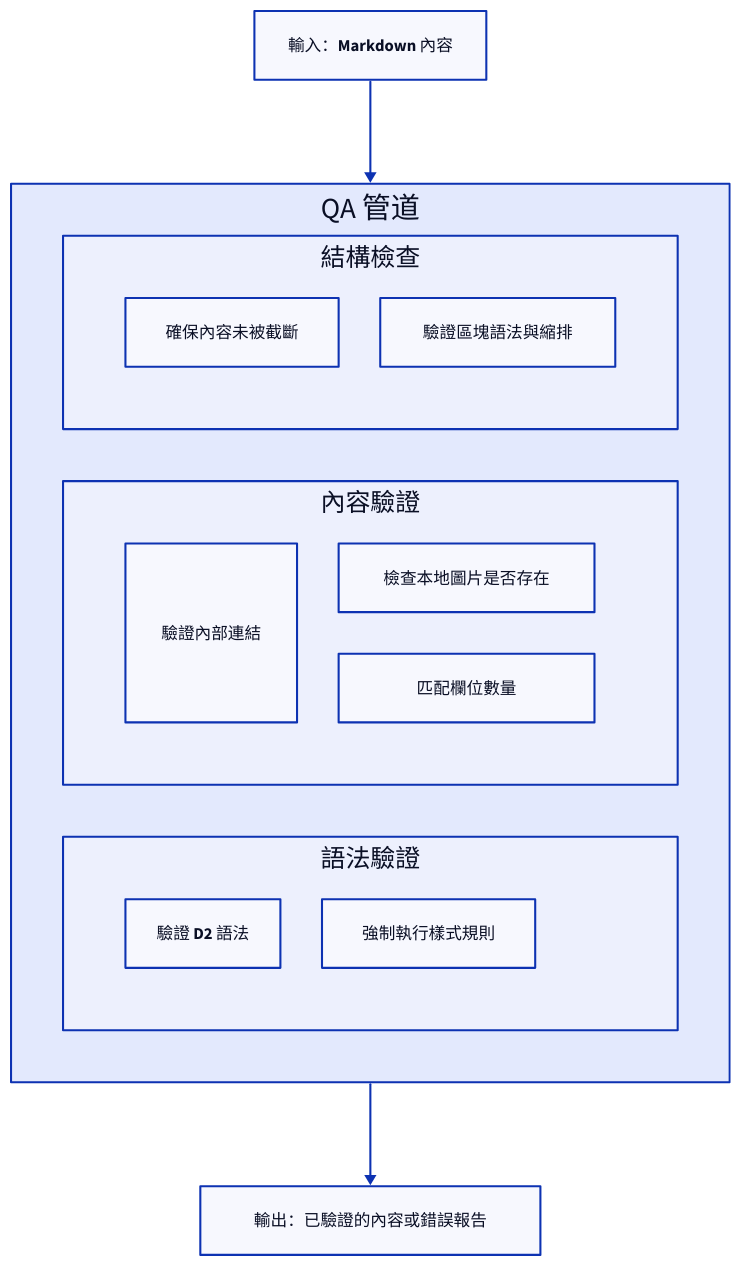
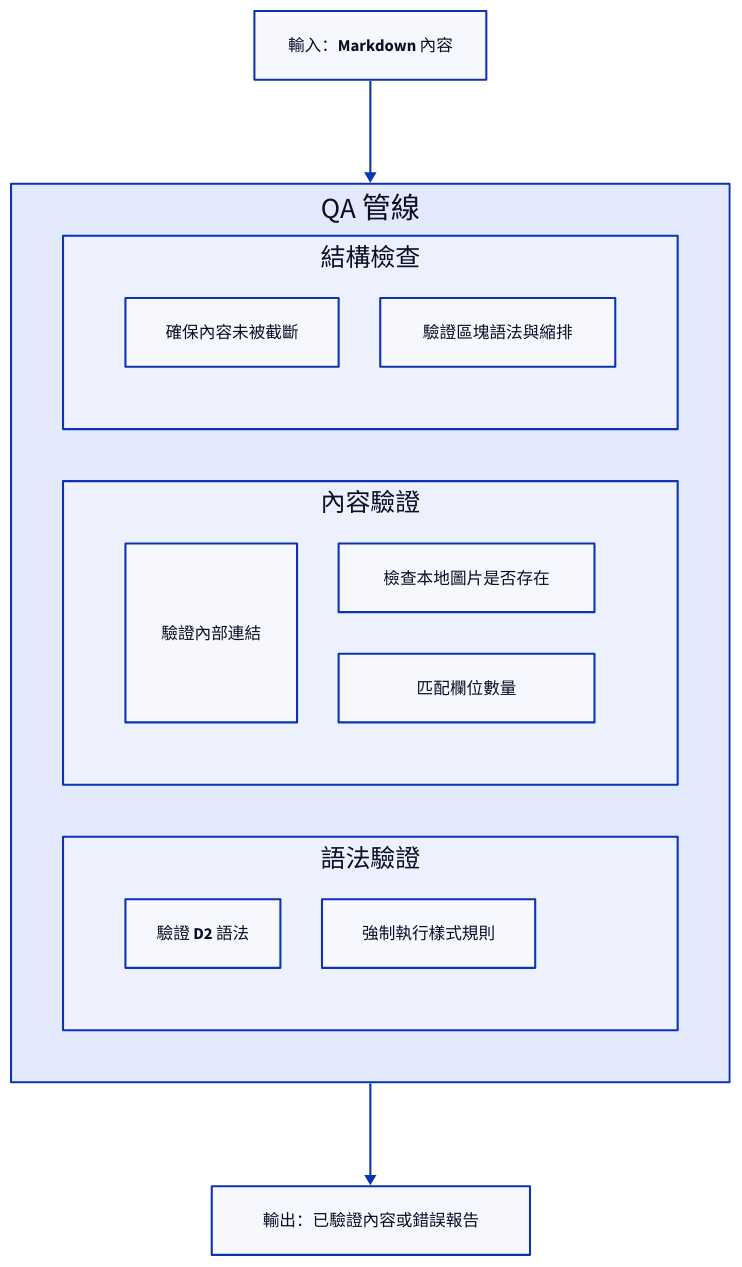
Before and after one commit to AIGNE-io/aigne-doc-smith: the diagram in docs/advanced-quality-assurance.zh-TW.md, drawn with D2. The commit also changed other lines of this file and 65 other files, not shown here.

````diff
--- a/docs/advanced-quality-assurance.zh-TW.md
+++ b/docs/advanced-quality-assurance.zh-TW.md
@@ -7,48 +7,48 @@
 ```d2
 direction: down
 
 Input-Markdown-Content: {
   label: "輸入：Markdown 內容"
   shape: rectangle
 }
 
 QA-Pipeline: {
-  label: "QA 管道"
+  label: "QA 管線"
   shape: rectangle
   grid-columns: 1
   grid-gap: 50
 
   Structural-Checks: {
     label: "結構檢查"
     shape: rectangle
     grid-columns: 2
     Completeness: "確保內容未被截斷"
     Code-Blocks: "驗證區塊語法與縮排"
   }
 
   Content-Validation: {
     label: "內容驗證"
     shape: rectangle
     grid-columns: 2
     Link-Integrity: "驗證內部連結"
     Image-Paths: "檢查本地圖片是否存在"
     Table-Formatting: "匹配欄位數量"
   }
 
   Syntax-Validation: {
     label: "語法驗證"
     shape: rectangle
     grid-columns: 2
     D2-Diagrams: "驗證 D2 語法"
     Markdown-Linting: "強制執行樣式規則"
   }
 }
 
 Output-Validated-Content-or-Error-Report: {
-  label: "輸出：已驗證的內容或錯誤報告"
+  label: "輸出：已驗證內容或錯誤報告"
   shape: rectangle
 }
 
 Input-Markdown-Content -> QA-Pipeline
 QA-Pipeline -> Output-Validated-Content-or-Error-Report
 ```
````
